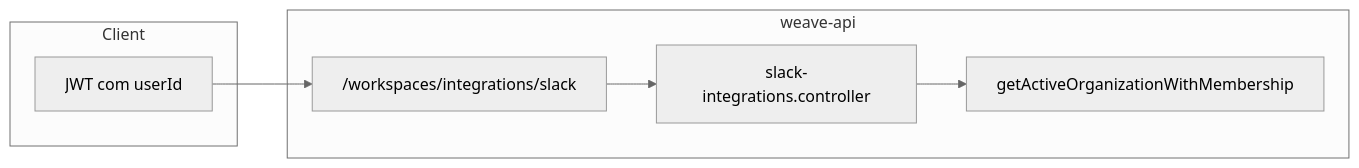
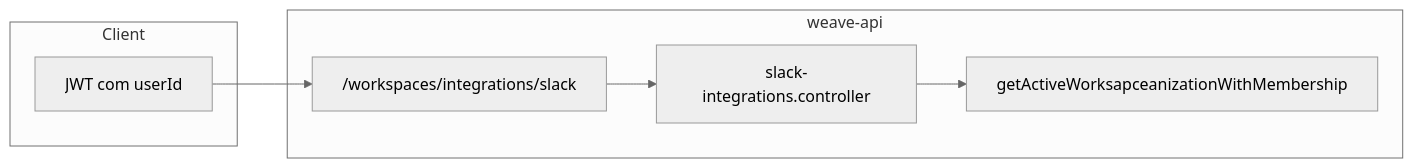
One commit to eugaelgomes/weave changed the diagram in .cursor/plans/slack_ops_and_api_contract_3966e620.plan.md. Above: the diagram before and after it, drawn with Mermaid (neutral theme). The commit also changed other lines of this file and 154 other files, not shown here.

Commit message:
refactor(workspaces): scope routes by public id

````diff
--- a/.cursor/plans/slack_ops_and_api_contract_3966e620.plan.md
+++ b/.cursor/plans/slack_ops_and_api_contract_3966e620.plan.md
@@ -36,14 +36,14 @@
 ```mermaid
 flowchart LR
   subgraph client [Client]
     JWT[JWT com userId]
   end
   subgraph api [weave-api]
-    OrgsRoutes["/workspaces/integrations/slack"]
-    Repo["getActiveOrganizationWithMembership"]
+    WorksapcesRoutes["/workspaces/integrations/slack"]
+    Repo["getActiveWorksapceanizationWithMembership"]
     SlackCtrl[slack-integrations.controller]
   end
-  JWT --> OrgsRoutes
-  OrgsRoutes --> SlackCtrl
+  JWT --> WorksapcesRoutes
+  WorksapcesRoutes --> SlackCtrl
   SlackCtrl --> Repo
 ```
````
